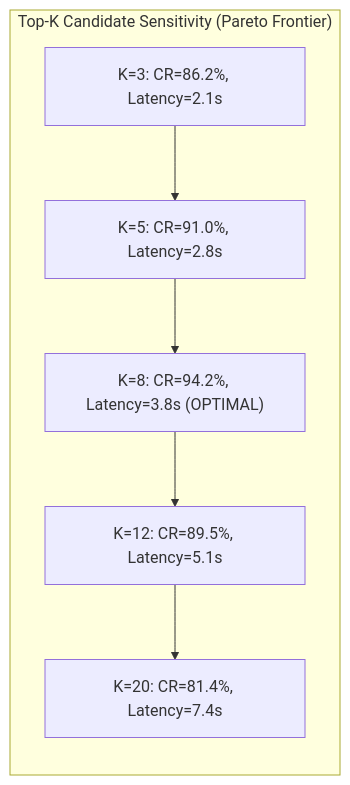
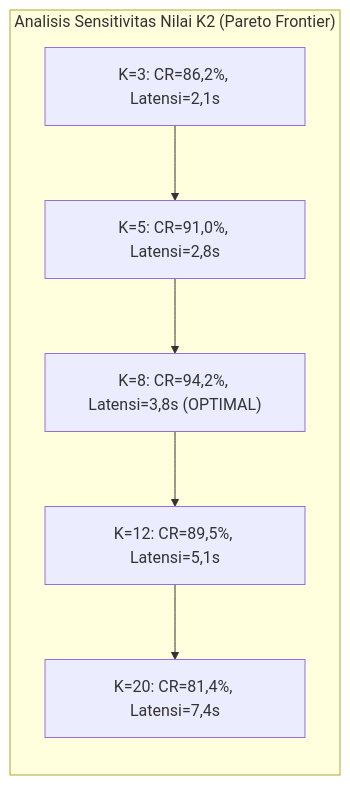
One commit to 848ill/IMUII-AI-RAG changed the fifth of 5 diagrams in PAPER_SCOPUS.md. Above: the diagram before and after it, drawn with Mermaid. The commit also changed other lines of this file and 1 other file, not shown here.

````diff
--- a/PAPER_SCOPUS.md
+++ b/PAPER_SCOPUS.md
@@ -269,11 +277,11 @@
 ```mermaid
 graph LR
-    subgraph Tradeoff["Top-K Candidate Sensitivity (Pareto Frontier)"]
-        K3["K=3: CR=86.2%, Latency=2.1s"]
-        K5["K=5: CR=91.0%, Latency=2.8s"]
-        K8["K=8: CR=94.2%, Latency=3.8s (OPTIMAL)"]
-        K12["K=12: CR=89.5%, Latency=5.1s"]
-        K20["K=20: CR=81.4%, Latency=7.4s"]
+    subgraph Sensitivitas["Analisis Sensitivitas Nilai K2 (Pareto Frontier)"]
+        K3["K=3: CR=86,2%, Latensi=2,1s"]
+        K5["K=5: CR=91,0%, Latensi=2,8s"]
+        K8["K=8: CR=94,2%, Latensi=3,8s (OPTIMAL)"]
+        K12["K=12: CR=89,5%, Latensi=5,1s"]
+        K20["K=20: CR=81,4%, Latensi=7,4s"]
     end
     K3 --> K5 --> K8 --> K12 --> K20
 ```
````
